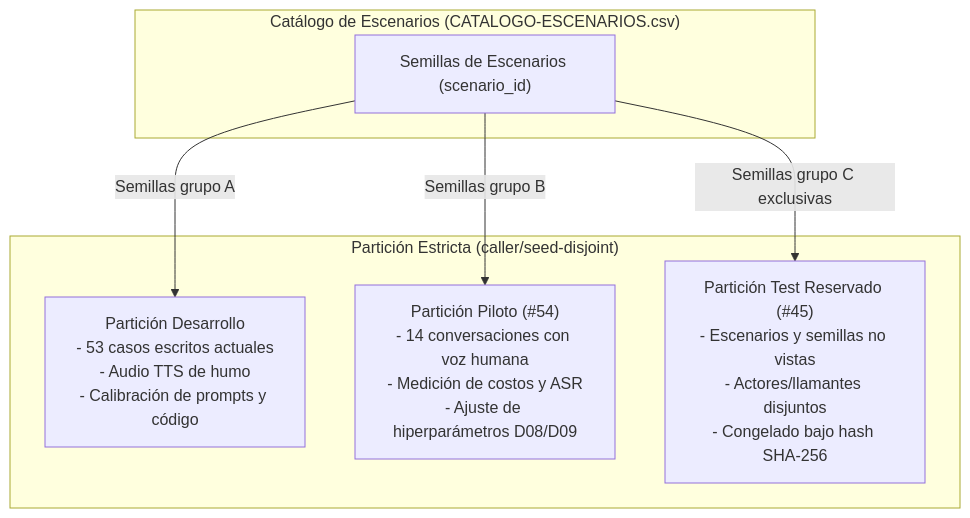
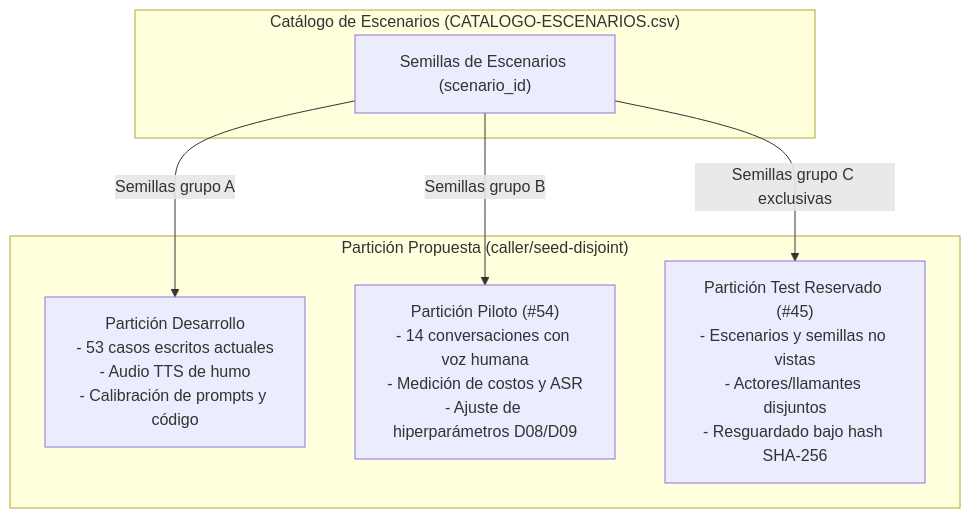
The third of 5 diagrams in docs/evaluacion/PROTOCOLO-EXPERIMENTAL.md (Corchets/bitacora_tesis), drawn with Mermaid before and after one commit. The commit also changed other lines of this file, not shown here.

Commit message:
docs(evaluacion): corregir tono de propuesta, fuentes y delimitación de D08 (#33)

````diff
--- a/docs/evaluacion/PROTOCOLO-EXPERIMENTAL.md
+++ b/docs/evaluacion/PROTOCOLO-EXPERIMENTAL.md
@@ -148,16 +150,16 @@
 ```mermaid
 flowchart TD
     subgraph Catalogo["Catálogo de Escenarios (CATALOGO-ESCENARIOS.csv)"]
         Semillas["Semillas de Escenarios (scenario_id)"]
     end
 
-    subgraph Particion["Partición Estricta (caller/seed-disjoint)"]
+    subgraph Particion["Partición Propuesta (caller/seed-disjoint)"]
         Dev["Partición Desarrollo<br/>- 53 casos escritos actuales<br/>- Audio TTS de humo<br/>- Calibración de prompts y código"]
         Piloto["Partición Piloto (#54)<br/>- 14 conversaciones con voz humana<br/>- Medición de costos y ASR<br/>- Ajuste de hiperparámetros D08/D09"]
-        Test["Partición Test Reservado (#45)<br/>- Escenarios y semillas no vistas<br/>- Actores/llamantes disjuntos<br/>- Congelado bajo hash SHA-256"]
+        Test["Partición Test Reservado (#45)<br/>- Escenarios y semillas no vistas<br/>- Actores/llamantes disjuntos<br/>- Resguardado bajo hash SHA-256"]
     end
 
     Semillas -->|Semillas grupo A| Dev
     Semillas -->|Semillas grupo B| Piloto
     Semillas -->|Semillas grupo C exclusivas| Test
 ```
````
